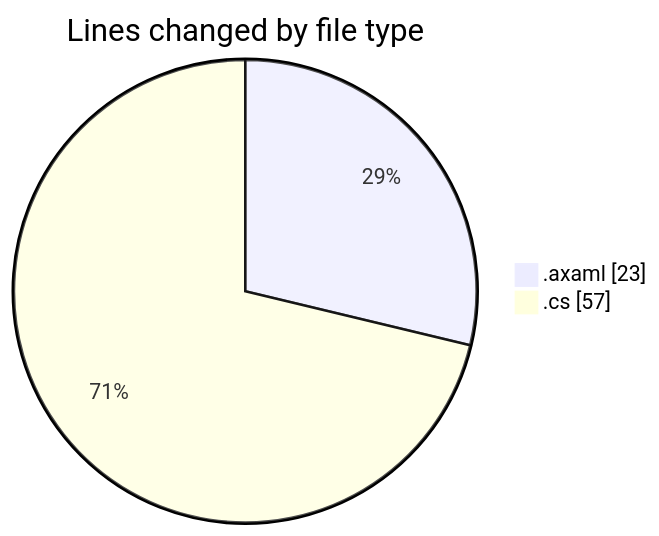
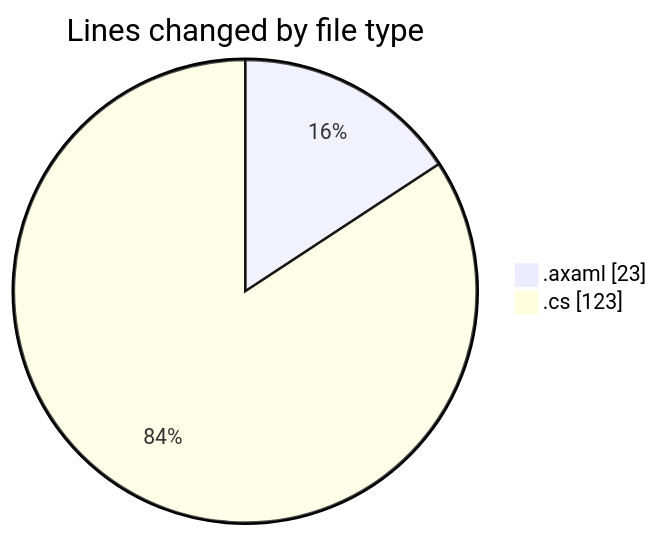
Before and after one commit to Netris89/code-tracking: the first of 2 diagrams in 2025-11-01/skintrack/README.md, drawn with Mermaid. The commit also changed other lines of this file and 1 other file, not shown here.

````diff
--- a/2025-11-01/skintrack/README.md
+++ b/2025-11-01/skintrack/README.md
@@ -21,6 +22,6 @@
 ```mermaid
 pie showData
 title Lines changed by file type
 ".axaml" : 23
-".cs" : 57
+".cs" : 123
 ```
````
